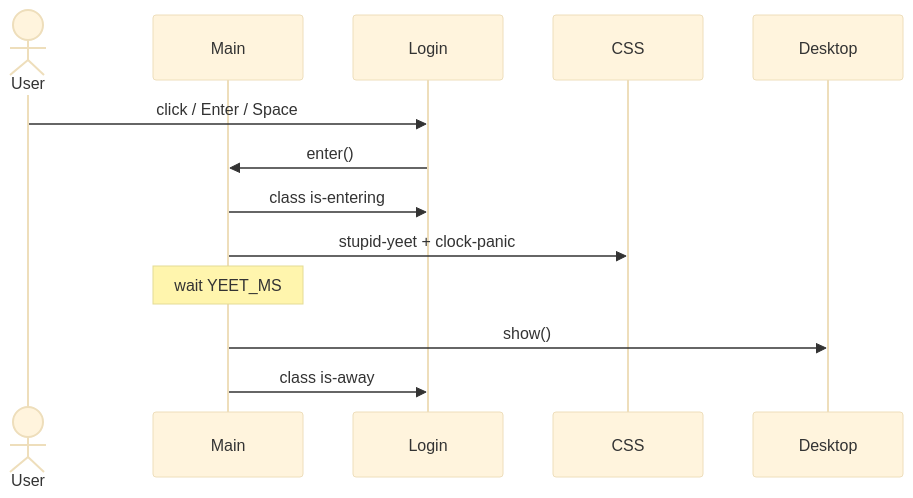
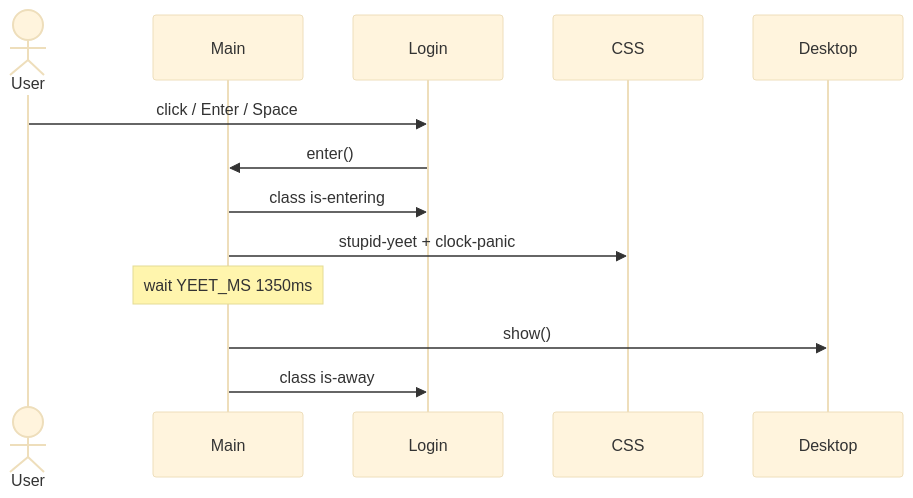
The diagram in docs/workflows/boot-and-login.md (ZhaLuc/xuanOS), drawn with Mermaid (base theme) before and after one commit. The commit also changed other lines of this file and 3 other files, not shown here.

````diff
--- a/docs/workflows/boot-and-login.md
+++ b/docs/workflows/boot-and-login.md
@@ -21,16 +33,16 @@
 ```mermaid
 sequenceDiagram
   actor User
   participant Main
   participant Login
   participant CSS
   participant Desktop
 
   User->>Login: click / Enter / Space
   Login->>Main: enter()
   Main->>Login: class is-entering
   Main->>CSS: stupid-yeet + clock-panic
-  Note over Main: wait YEET_MS
+  Note over Main: wait YEET_MS 1350ms
   Main->>Desktop: show()
   Main->>Login: class is-away
 ```
````
